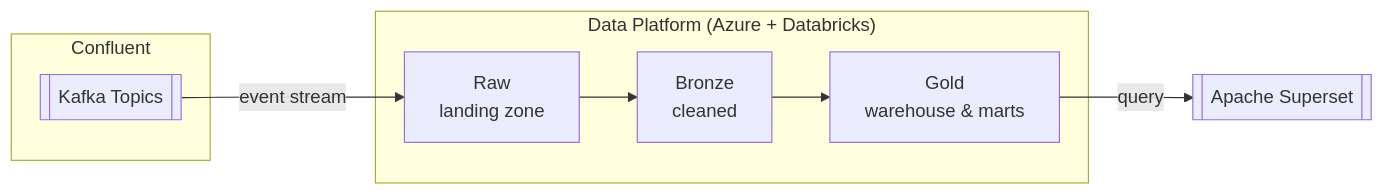
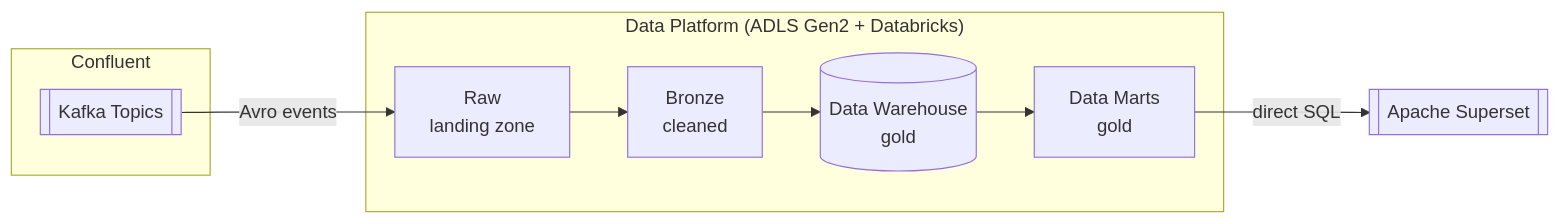
The diagram in colaco-arch/data-platform.md (samuelramos/entourage), drawn with Mermaid before and after one commit. The commit also changed other lines of this file and 2 other files, not shown here.

First line of the commit message:
Record ADLS Gen2, Delta format, gold layer structure, Superset direct SQL, Schema Registry FULL_TRANSITIVE, and CRM-only scope

````diff
--- a/colaco-arch/data-platform.md
+++ b/colaco-arch/data-platform.md
@@ -75,16 +84,19 @@
 ```mermaid
 flowchart LR
     subgraph Confluent
         kafka[[Kafka Topics]]
     end
-    subgraph "Data Platform (Azure + Databricks)"
+    subgraph "Data Platform (ADLS Gen2 + Databricks)"
         raw[Raw\nlanding zone]
         bronze[Bronze\ncleaned]
-        gold[Gold\nwarehouse & marts]
-        raw --> bronze --> gold
+        dw[(Data Warehouse\ngold)]
+        marts[Data Marts\ngold]
     end
     superset[[Apache Superset]]
 
-    kafka -->|event stream| raw
-    gold -->|query| superset
+    kafka -->|Avro events| raw
+    raw --> bronze
+    bronze --> dw
+    dw --> marts
+    marts -->|direct SQL| superset
 ```
````
